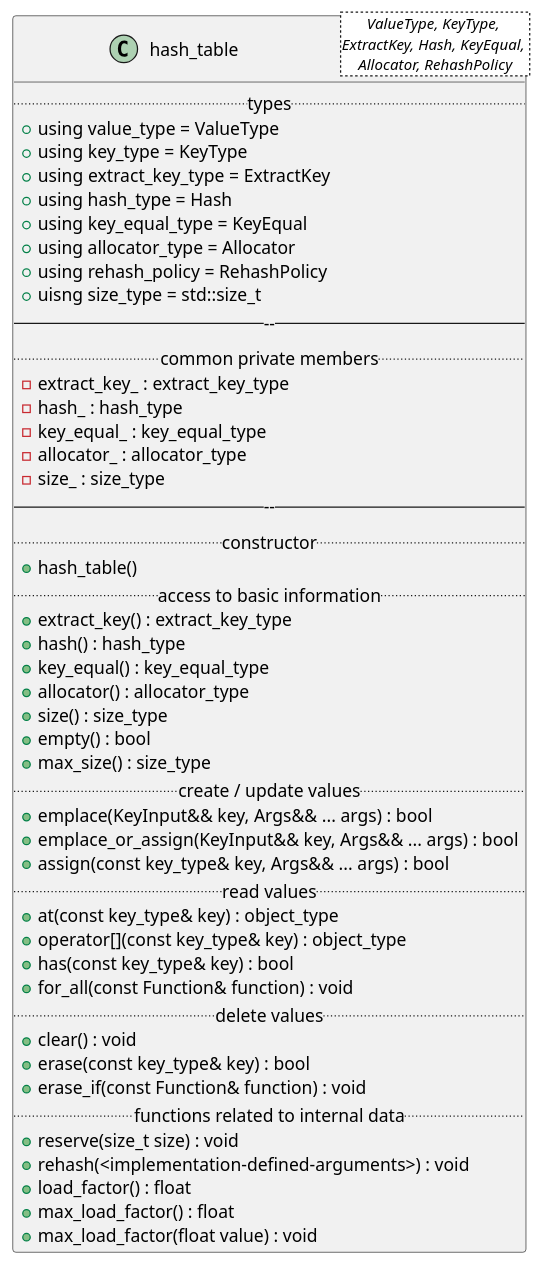
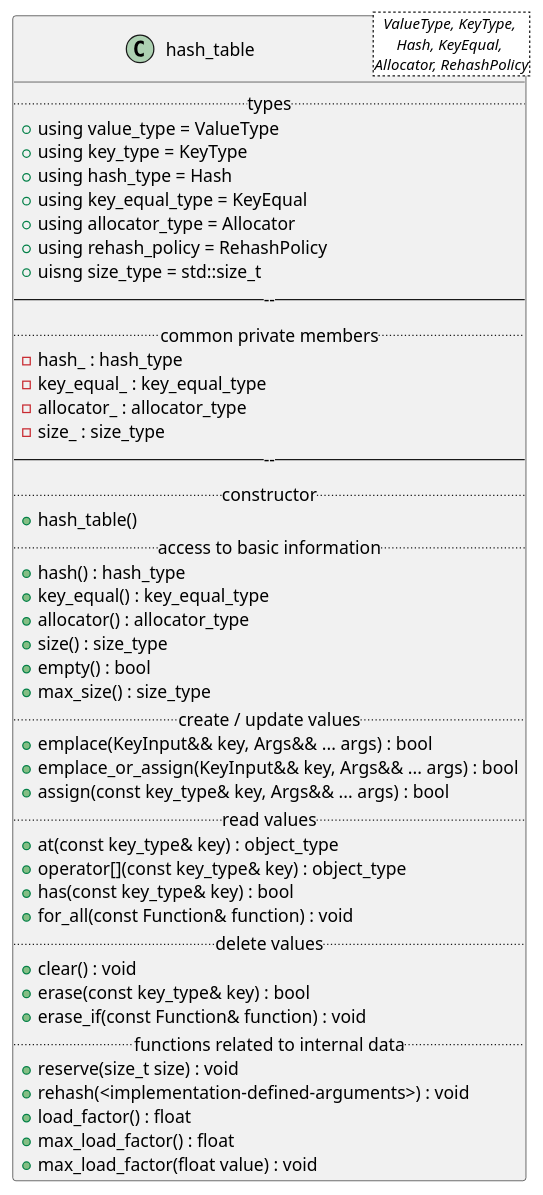
One commit to MusicScience37/cpp-hash-tables changed the diagram in doc/sphinx/src/design/class_diagrams/full_hash_table.puml. Above: the diagram before and after it, drawn with PlantUML.

Commit message:
:books: Fix design.

```diff
--- a/doc/sphinx/src/design/class_diagrams/full_hash_table.puml
+++ b/doc/sphinx/src/design/class_diagrams/full_hash_table.puml
@@ -1,52 +1,49 @@
 @startuml FullHashTable
 
-class hash_table<ValueType, KeyType, \nExtractKey, Hash, KeyEqual, \nAllocator, RehashPolicy> {
+class hash_table<ValueType, KeyType, \nHash, KeyEqual, \nAllocator, RehashPolicy> {
     .. types ..
     + using value_type = ValueType
     + using key_type = KeyType
-    + using extract_key_type = ExtractKey
     + using hash_type = Hash
     + using key_equal_type = KeyEqual
     + using allocator_type = Allocator
     + using rehash_policy = RehashPolicy
     + uisng size_type = std::size_t
     ------
     .. common private members ..
-    - extract_key_ : extract_key_type
     - hash_ : hash_type
     - key_equal_ : key_equal_type
     - allocator_ : allocator_type
     - size_ : size_type
     ------
     .. constructor ..
     + hash_table()
     .. access to basic information ..
-    + extract_key() : extract_key_type
     + hash() : hash_type
     + key_equal() : key_equal_type
     + allocator() : allocator_type
     + size() : size_type
     + empty() : bool
     + max_size() : size_type
     .. create / update values ..
     + emplace(KeyInput&& key, Args&& ... args) : bool
     + emplace_or_assign(KeyInput&& key, Args&& ... args) : bool
     + assign(const key_type& key, Args&& ... args) : bool
     .. read values ..
     + at(const key_type& key) : object_type
     + operator[](const key_type& key) : object_type
     + has(const key_type& key) : bool
     + for_all(const Function& function) : void
     .. delete values ..
     + clear() : void
     + erase(const key_type& key) : bool
     + erase_if(const Function& function) : void
     .. functions related to internal data ..
     + reserve(size_t size) : void
     + rehash(<implementation-defined-arguments>) : void
     + load_factor() : float
     + max_load_factor() : float
     + max_load_factor(float value) : void
 }
 
 @enduml
```
